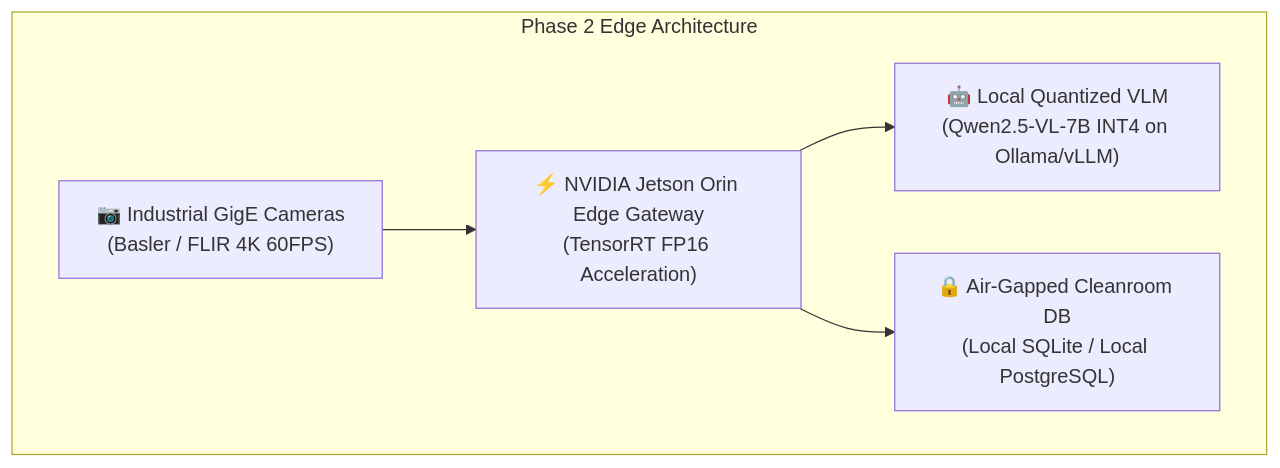
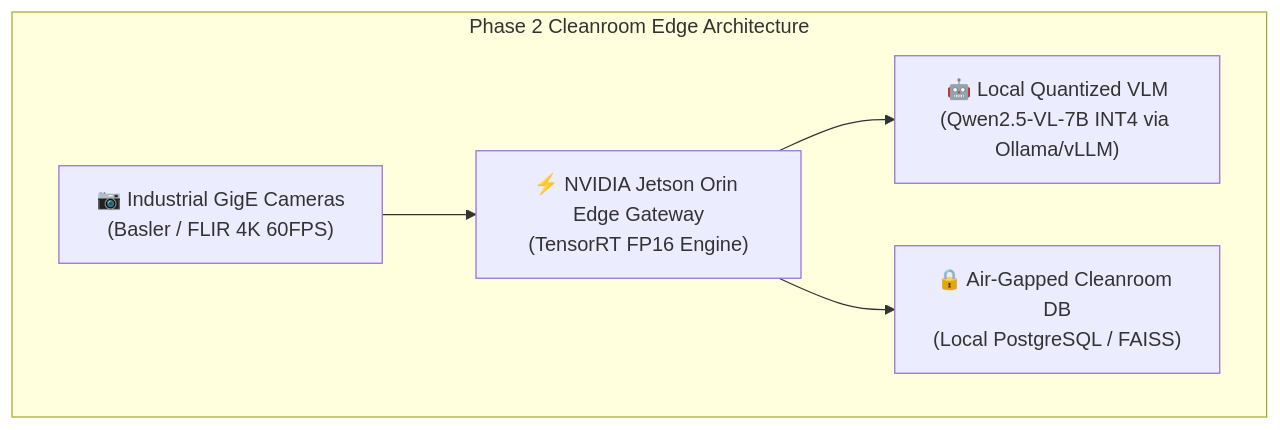
One commit to Disha-1610/VisionForge changed the second of 3 diagrams in docs/ROADMAP.md. Above: the diagram before and after it, drawn with Mermaid. The commit also changed other lines of this file and 12 other files, not shown here.

Commit message:
docs: upgrade full documentation suite with technical depth, story arcs, engineering decisions, and Mermaid diagrams

````diff
--- a/docs/ROADMAP.md
+++ b/docs/ROADMAP.md
@@ -86,13 +93,13 @@
 ```mermaid
 flowchart TD
-    subgraph Phase2Edge["Phase 2 Edge Architecture"]
+    subgraph Phase2Edge["Phase 2 Cleanroom Edge Architecture"]
         GigE["📷 Industrial GigE Cameras<br/>(Basler / FLIR 4K 60FPS)"]
-        Jetson["⚡ NVIDIA Jetson Orin Edge Gateway<br/>(TensorRT FP16 Acceleration)"]
-        LocalVLM["🤖 Local Quantized VLM<br/>(Qwen2.5-VL-7B INT4 on Ollama/vLLM)"]
-        AirGap["🔒 Air-Gapped Cleanroom DB<br/>(Local SQLite / Local PostgreSQL)"]
+        Jetson["⚡ NVIDIA Jetson Orin Edge Gateway<br/>(TensorRT FP16 Engine)"]
+        LocalVLM["🤖 Local Quantized VLM<br/>(Qwen2.5-VL-7B INT4 via Ollama/vLLM)"]
+        AirGap["🔒 Air-Gapped Cleanroom DB<br/>(Local PostgreSQL / FAISS)"]
     end
 
     GigE --> Jetson
     Jetson --> LocalVLM
     Jetson --> AirGap
 ```
````
